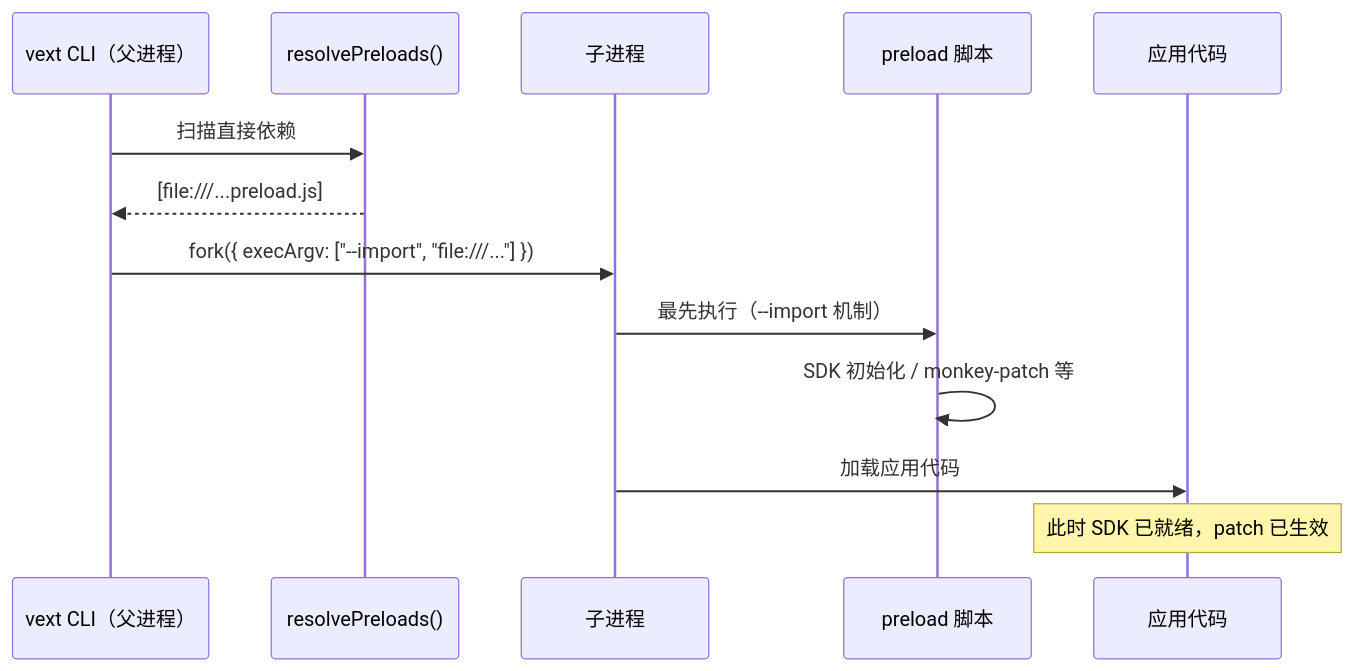
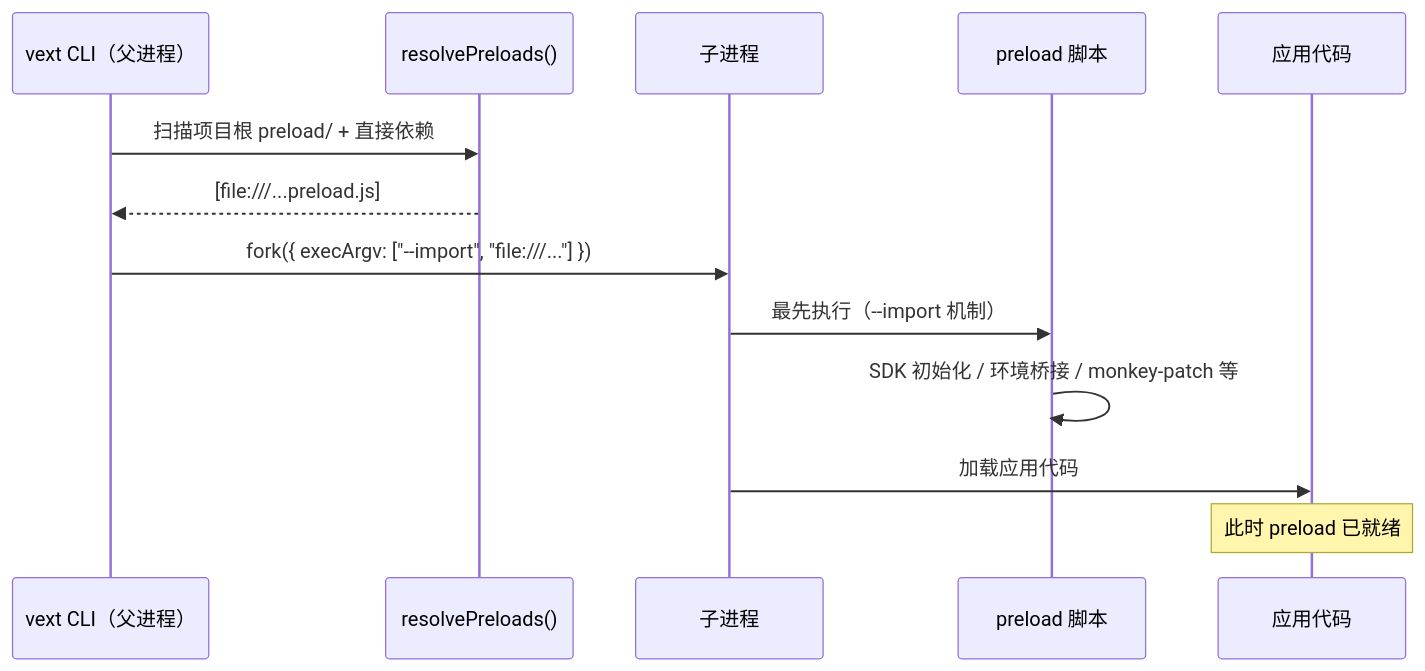
Before and after one commit to devcodex-labs/vextjs: the diagram in website/docs/guide/preload.md, drawn with Mermaid. The commit also changed other lines of this file and 18 other files, not shown here.

````diff
--- a/website/docs/guide/preload.md
+++ b/website/docs/guide/preload.md
@@ -31,16 +45,16 @@
 ```mermaid
 sequenceDiagram
     participant CLI as vext CLI（父进程）
     participant PR as resolvePreloads()
     participant Child as 子进程
     participant Script as preload 脚本
     participant App as 应用代码
 
-    CLI->>PR: 扫描直接依赖
+    CLI->>PR: 扫描项目根 preload/ + 直接依赖
     PR-->>CLI: [file:///...preload.js]
     CLI->>Child: fork({ execArgv: ["--import", "file:///..."] })
     Child->>Script: 最先执行（--import 机制）
-    Script->>Script: SDK 初始化 / monkey-patch 等
+    Script->>Script: SDK 初始化 / 环境桥接 / monkey-patch 等
     Child->>App: 加载应用代码
-    Note over App: 此时 SDK 已就绪，patch 已生效
+    Note over App: 此时 preload 已就绪
 ```
````
